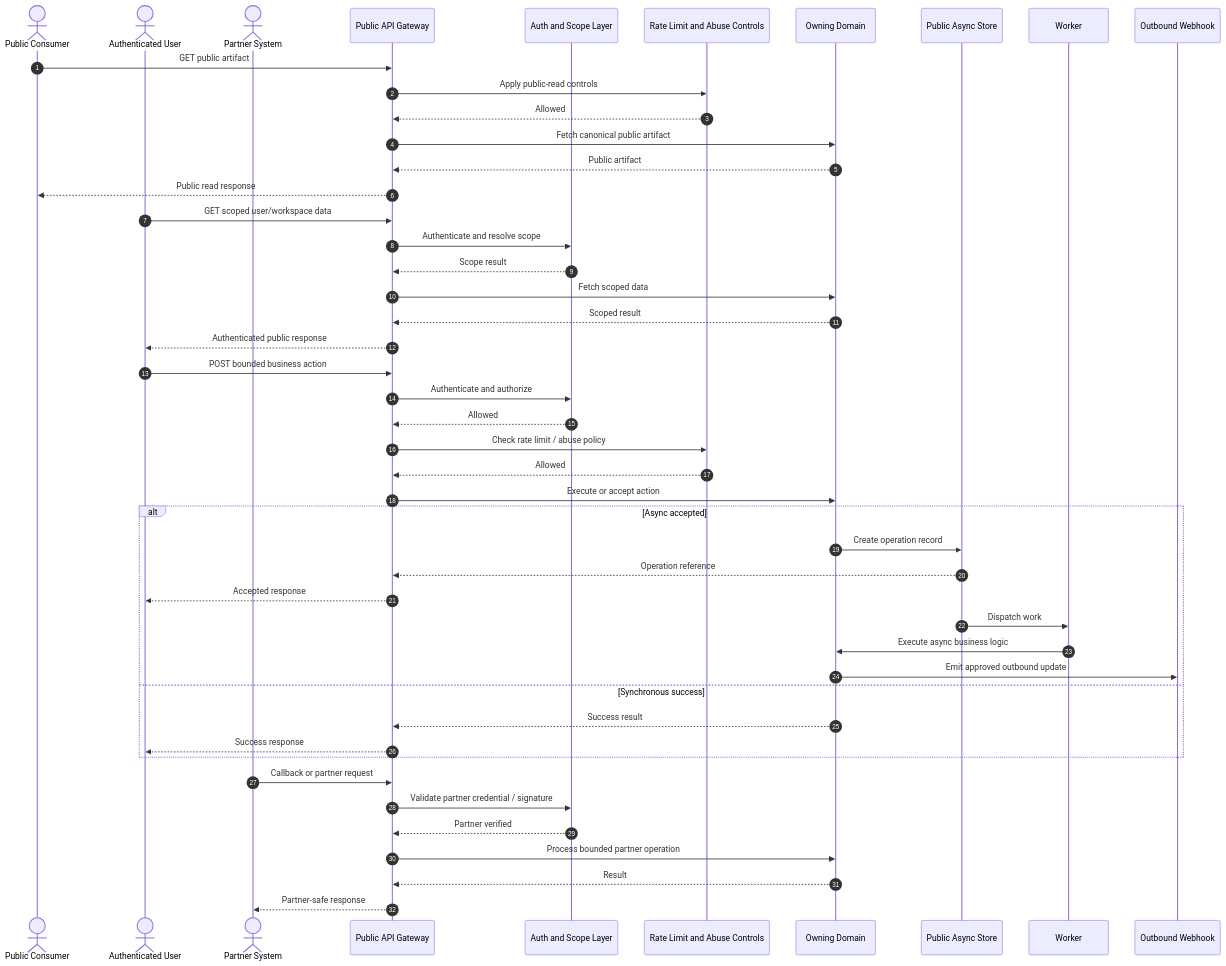
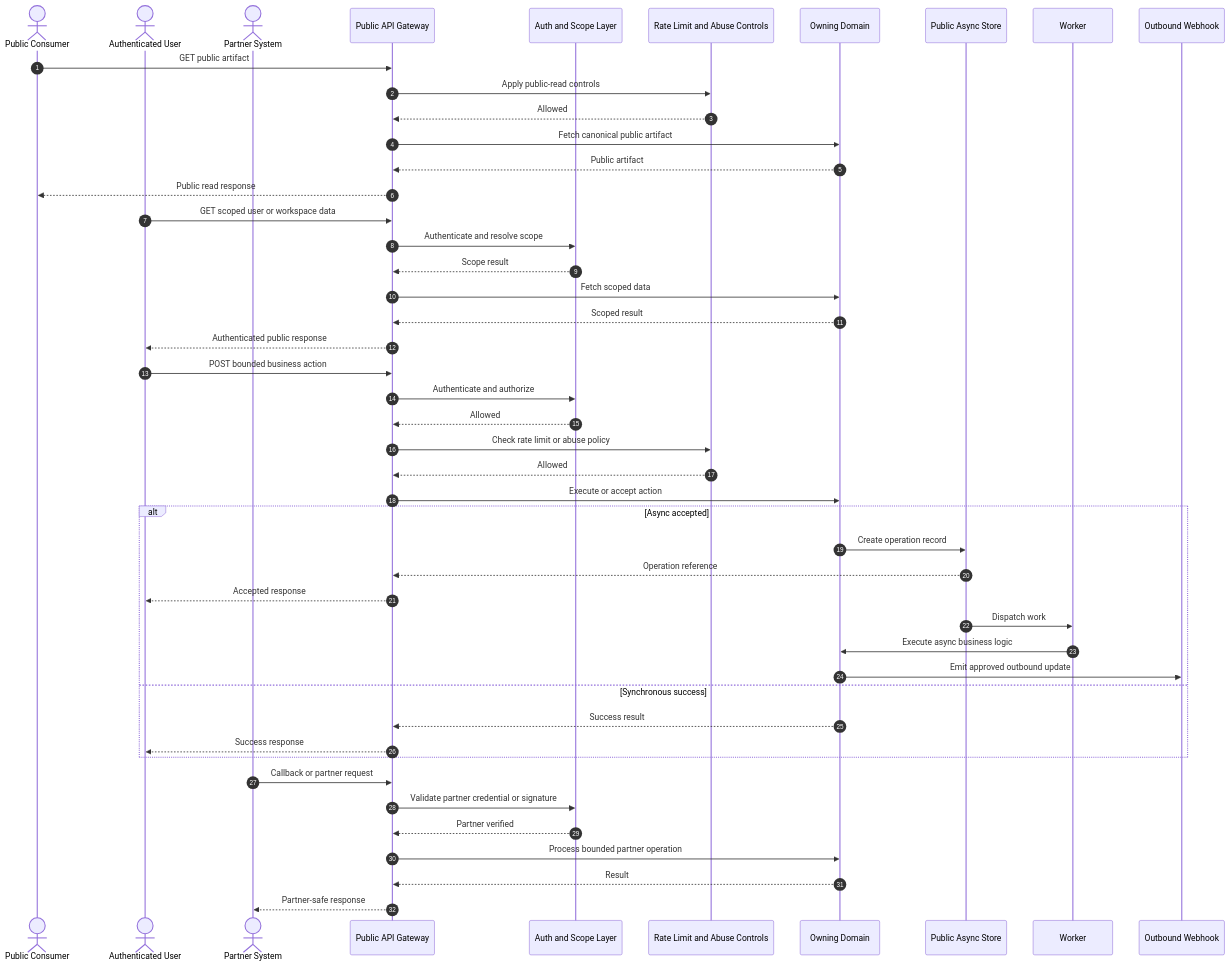
The third of 3 diagrams in PUBLIC_API_SPEC.md (fuze-ac/api-specs), drawn with Mermaid before and after one commit. The commit also changed other lines of this file, not shown here.

````diff
--- a/PUBLIC_API_SPEC.md
+++ b/PUBLIC_API_SPEC.md
@@ -1349,53 +1353,53 @@
 ```mermaid
 sequenceDiagram
     autonumber
     actor Consumer as Public Consumer
     actor User as Authenticated User
     actor Partner as Partner System
     participant API as Public API Gateway
     participant Auth as Auth and Scope Layer
     participant Abuse as Rate Limit and Abuse Controls
     participant Domain as Owning Domain
     participant Async as Public Async Store
     participant Worker as Worker
     participant Webhook as Outbound Webhook
 
     Consumer->>API: GET public artifact
     API->>Abuse: Apply public-read controls
     Abuse-->>API: Allowed
     API->>Domain: Fetch canonical public artifact
     Domain-->>API: Public artifact
     API-->>Consumer: Public read response
 
-    User->>API: GET scoped user/workspace data
+    User->>API: GET scoped user or workspace data
     API->>Auth: Authenticate and resolve scope
     Auth-->>API: Scope result
     API->>Domain: Fetch scoped data
     Domain-->>API: Scoped result
     API-->>User: Authenticated public response
 
     User->>API: POST bounded business action
     API->>Auth: Authenticate and authorize
     Auth-->>API: Allowed
-    API->>Abuse: Check rate limit / abuse policy
+    API->>Abuse: Check rate limit or abuse policy
     Abuse-->>API: Allowed
     API->>Domain: Execute or accept action
     alt Async accepted
         Domain->>Async: Create operation record
         Async-->>API: Operation reference
         API-->>User: Accepted response
         Async->>Worker: Dispatch work
         Worker->>Domain: Execute async business logic
         Domain->>Webhook: Emit approved outbound update
     else Synchronous success
         Domain-->>API: Success result
         API-->>User: Success response
     end
 
     Partner->>API: Callback or partner request
-    API->>Auth: Validate partner credential / signature
+    API->>Auth: Validate partner credential or signature
     Auth-->>API: Partner verified
     API->>Domain: Process bounded partner operation
     Domain-->>API: Result
     API-->>Partner: Partner-safe response
 ```
````
